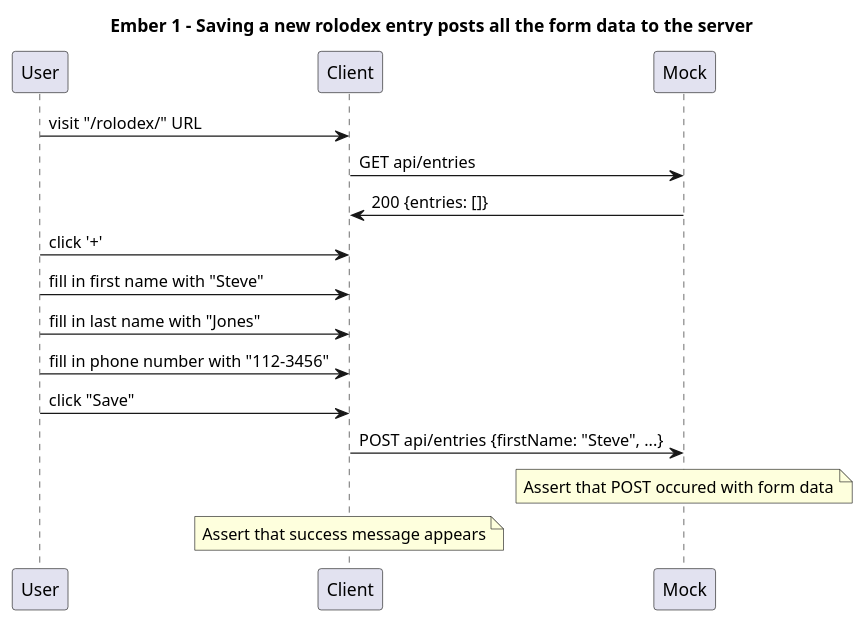
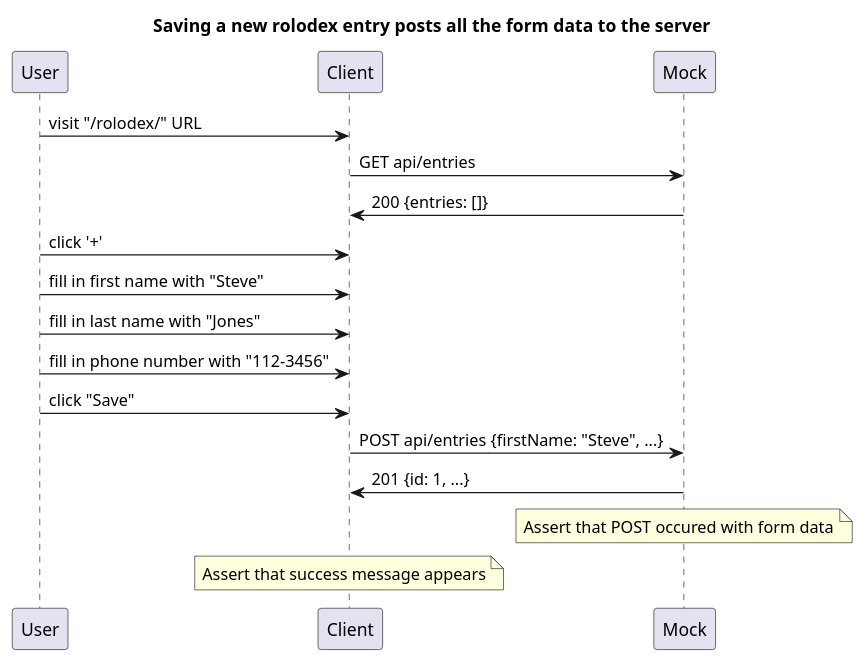
The eighth of 10 diagrams in capybara-testing.org (Bestra/cbus-ember-talks), drawn with PlantUML before and after one commit. The commit also changed other lines of this file, not shown here.

Commit message:
Add more copy before saving to google docs

```diff
--- a/capybara-testing.org
+++ b/capybara-testing.org
@@ -241,14 +250,15 @@
     #+begin_src plantuml :file diagram-8.png
- Title: Ember 1 - Saving a new rolodex entry posts all the form data to the server
+ Title: Saving a new rolodex entry posts all the form data to the server
  User->Client: visit "/rolodex/" URL
  Client->Mock: GET api/entries
  Mock->Client: 200 {entries: []}
  User->Client: click '+'
  User->Client: fill in first name with "Steve"
  User->Client: fill in last name with "Jones"
  User->Client: fill in phone number with "112-3456"
  User->Client: click "Save"
  Client->Mock: POST api/entries {firstName: "Steve", ...}
+ Mock->Client: 201 {id: 1, ...}
  Note over Mock: Assert that POST occured with form data
  Note over Client: Assert that success message appears
     #+end_src
```
